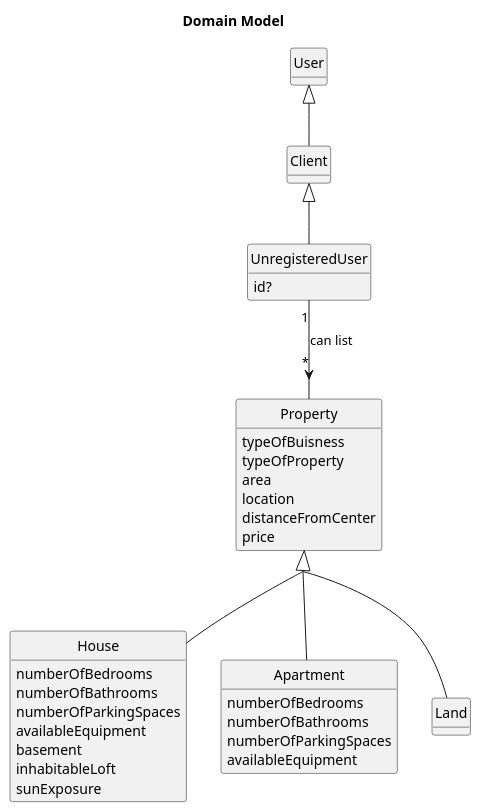
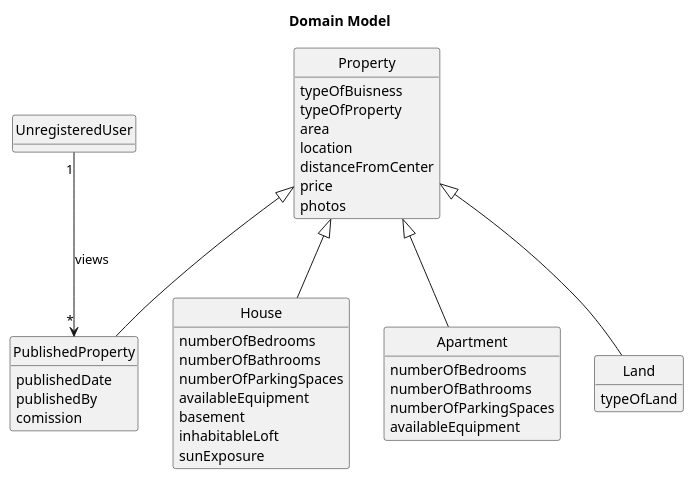
Before and after one commit to Goncalves2525/real-estate-management-system: the diagram in docs/sprintA/us001/02.analysis/puml/us001-domain-model.puml, drawn with PlantUML. The commit also changed 15 other files, not shown here.

```diff
--- a/docs/sprintA/us001/02.analysis/puml/us001-domain-model.puml
+++ b/docs/sprintA/us001/02.analysis/puml/us001-domain-model.puml
@@ -1,60 +1,63 @@
 @startuml
 skinparam monochrome true
 skinparam packageStyle rectangle
 skinparam shadowing false
-
+'skinparam linetype ortho
 'left to right direction
 
 skinparam classAttributeIconSize 0
-skinparam groupInheritance 2
+'skinparam groupInheritance 2
 
 hide circle
 hide methods
 
 title Domain Model
 
 
-class UnregisteredUser extends Client{
-   id?
-}
+class UnregisteredUser{
 
-class Client extends User{
-}
-
-class User{
-}
-
-class House extends Property{
-    numberOfBedrooms
-    numberOfBathrooms
-    numberOfParkingSpaces
-    availableEquipment
-    basement
-    inhabitableLoft
-    sunExposure
-}
-
-class Apartment extends Property{
-    numberOfBedrooms
-    numberOfBathrooms
-    numberOfParkingSpaces
-    availableEquipment
-}
-
-class Land extends Property{
 }
 
 class Property{
     typeOfBuisness
     typeOfProperty
     area
     location
     distanceFromCenter
     price
+    photos
 }
 
-UnregisteredUser "1" --> "*" Property : can list
+
+class PublishedProperty extends Property{
+    publishedDate
+    publishedBy
+    comission
+}
+
+class House extends Property{
+        numberOfBedrooms
+        numberOfBathrooms
+        numberOfParkingSpaces
+        availableEquipment
+        basement
+        inhabitableLoft
+        sunExposure
+}
+
+class Apartment extends Property{
+    numberOfBedrooms
+        numberOfBathrooms
+        numberOfParkingSpaces
+        availableEquipment
+}
+
+class Land extends Property{
+    typeOfLand
+}
+
+UnregisteredUser "1" --> "*" PublishedProperty : views
 
 
 
 @enduml
```
